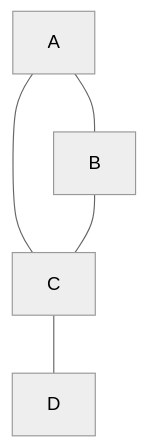
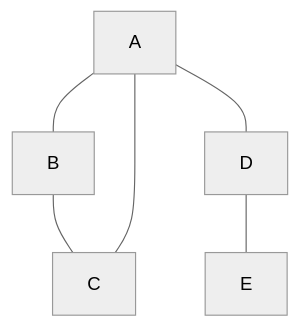
Before and after one commit to ruslylove/datastruct: diagram 13 of 19 in lectures/lect-16-Graph.md, drawn with Mermaid (neutral theme). The commit also changed other lines of this file, not shown here.

Commit message:
add diagrams

````diff
--- a/lectures/lect-16-Graph.md
+++ b/lectures/lect-16-Graph.md
@@ -367,8 +455,6 @@
 ```mermaid
 graph TD
-    A --- B
-    A --- C
-    B --- C
-    C --- D
-
+    A --- B; A --- D
+    B --- C; A --- C
+    D --- E
 ```
````
